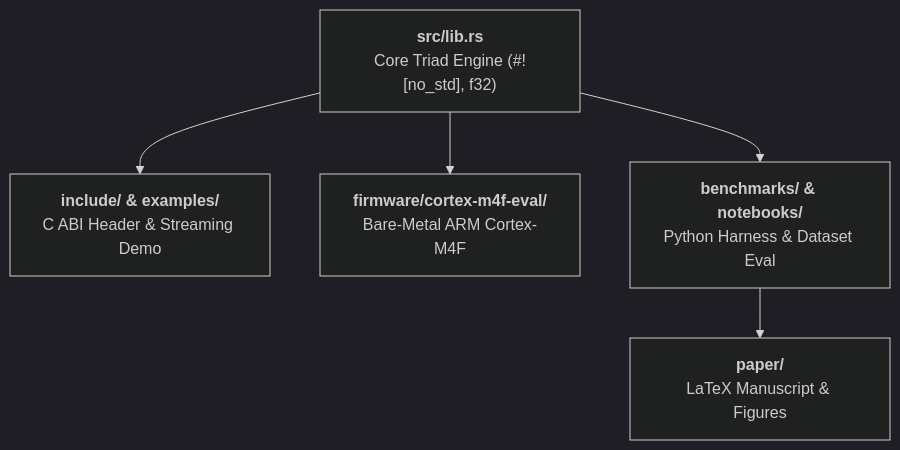
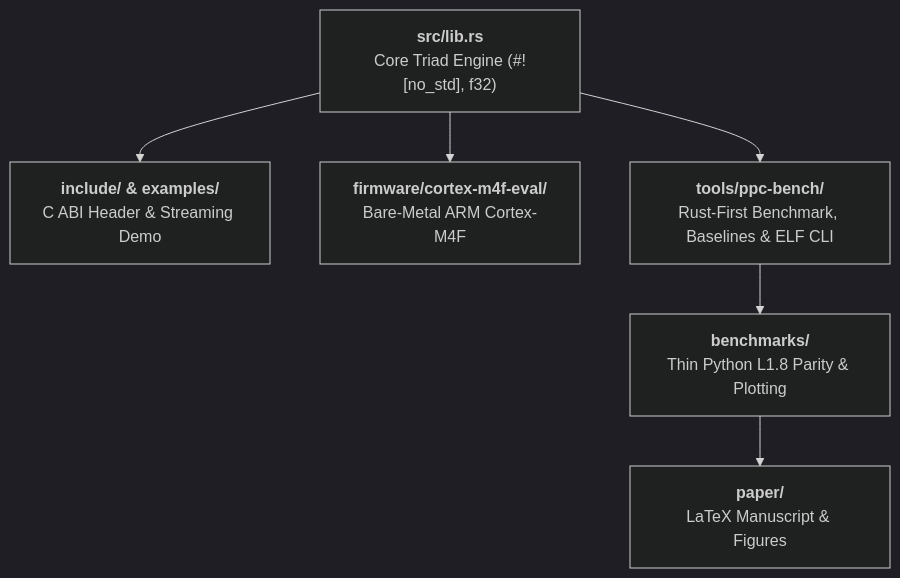
One commit to Imlevion/ppc-gauge-triad changed the diagram in README.md. Above: the diagram before and after it, drawn with Mermaid (dark theme). The commit also changed other lines of this file and 16 other files, not shown here.

First line of the commit message:
feat(tools): Rust-first ppc-bench CLI (8-server, streaming baselines & ELF32 inspector) (#8)

````diff
--- a/README.md
+++ b/README.md
@@ -12,9 +12,10 @@
 ```mermaid
 flowchart TD
     Core["<b>src/lib.rs</b><br/>Core Triad Engine (#![no_std], f32)"]
     
     Core --> FFI["<b>include/ & examples/</b><br/>C ABI Header & Streaming Demo"]
     Core --> MCU["<b>firmware/cortex-m4f-eval/</b><br/>Bare-Metal ARM Cortex-M4F"]
-    Core --> Bench["<b>benchmarks/ & notebooks/</b><br/>Python Harness & Dataset Eval"]
+    Core --> CLI["<b>tools/ppc-bench/</b><br/>Rust-First Benchmark, Baselines & ELF CLI"]
+    CLI --> Bench["<b>benchmarks/</b><br/>Thin Python L1.8 Parity & Plotting"]
     Bench --> Paper["<b>paper/</b><br/>LaTeX Manuscript & Figures"]
 ```
````
